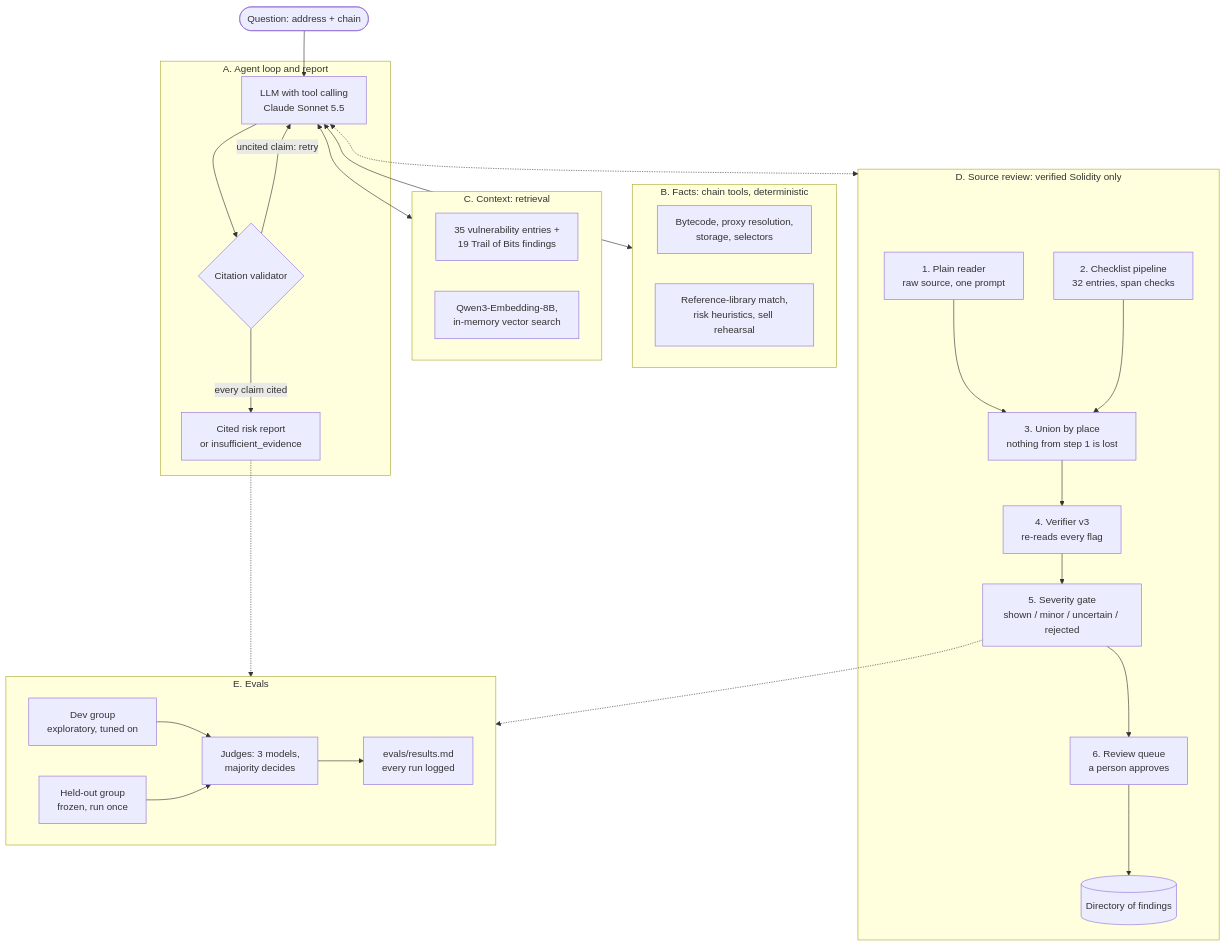
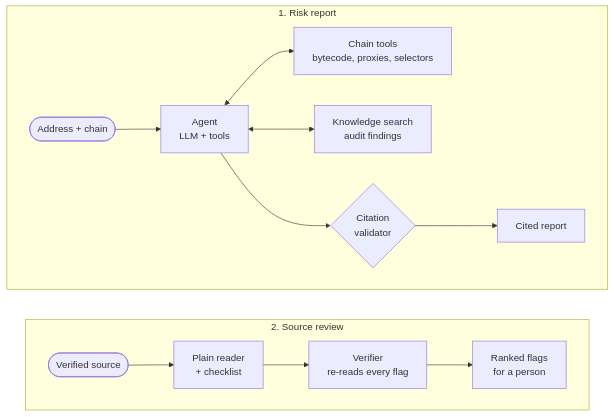
The diagram in README.md (Aryaan082/contract-analyzer), drawn with Mermaid before and after one commit. The commit also changed other lines of this file and 1 other file, not shown here.

First line of the commit message:
docs: shorten the README and move the tables out

````diff
--- a/README.md
+++ b/README.md
@@ -36,53 +23,16 @@
 ```mermaid
 flowchart TB
-    Q(["Question: address + chain"])
-
-    subgraph A["A. Agent loop and report"]
-        A1["LLM with tool calling<br/>Claude Sonnet 5.5"]
-        A2{"Citation validator"}
-        A3["Cited risk report<br/>or insufficient_evidence"]
-        A1 --> A2
-        A2 -- "uncited claim: retry" --> A1
-        A2 -- "every claim cited" --> A3
+    subgraph R["1. Risk report"]
+        direction LR
+        Q(["Address + chain"]) --> A["Agent<br/>LLM + tools"]
+        A <--> F["Chain tools<br/>bytecode, proxies, selectors"]
+        A <--> K["Knowledge search<br/>audit findings"]
+        A --> V{"Citation<br/>validator"}
+        V --> O["Cited report"]
     end
-
-    subgraph B["B. Facts: chain tools, deterministic"]
-        B1["Bytecode, proxy resolution,<br/>storage, selectors"]
-        B2["Reference-library match,<br/>risk heuristics, sell rehearsal"]
+    subgraph S["2. Source review"]
+        direction LR
+        C(["Verified source"]) --> P["Plain reader<br/>+ checklist"] --> W["Verifier<br/>re-reads every flag"] --> H["Ranked flags<br/>for a person"]
     end
-
-    subgraph C["C. Context: retrieval"]
-        C1["35 vulnerability entries +<br/>19 Trail of Bits findings"]
-        C2["Qwen3-Embedding-8B,<br/>in-memory vector search"]
-    end
-
-    subgraph D["D. Source review: verified Solidity only"]
-        D1["1. Plain reader<br/>raw source, one prompt"]
-        D2["2. Checklist pipeline<br/>32 entries, span checks"]
-        D3["3. Union by place<br/>nothing from step 1 is lost"]
-        D4["4. Verifier v3<br/>re-reads every flag"]
-        D5["5. Severity gate<br/>shown / minor / uncertain / rejected"]
-        D6["6. Review queue<br/>a person approves"]
-        D7[("Directory of findings")]
-        D1 --> D3
-        D2 --> D3
-        D3 --> D4 --> D5 --> D6 --> D7
-    end
-
-    subgraph E["E. Evals"]
-        E1["Dev group<br/>exploratory, tuned on"]
-        E2["Held-out group<br/>frozen, run once"]
-        E3["Judges: 3 models,<br/>majority decides"]
-        E4["evals/results.md<br/>every run logged"]
-        E1 --> E3
-        E2 --> E3
-        E3 --> E4
-    end
-
-    Q --> A1
-    A1 <--> B
-    A1 <--> C
-    A1 <-.-> D
-    A3 -.-> E
-    D5 -.-> E
+    R ~~~ S
 ```
````
